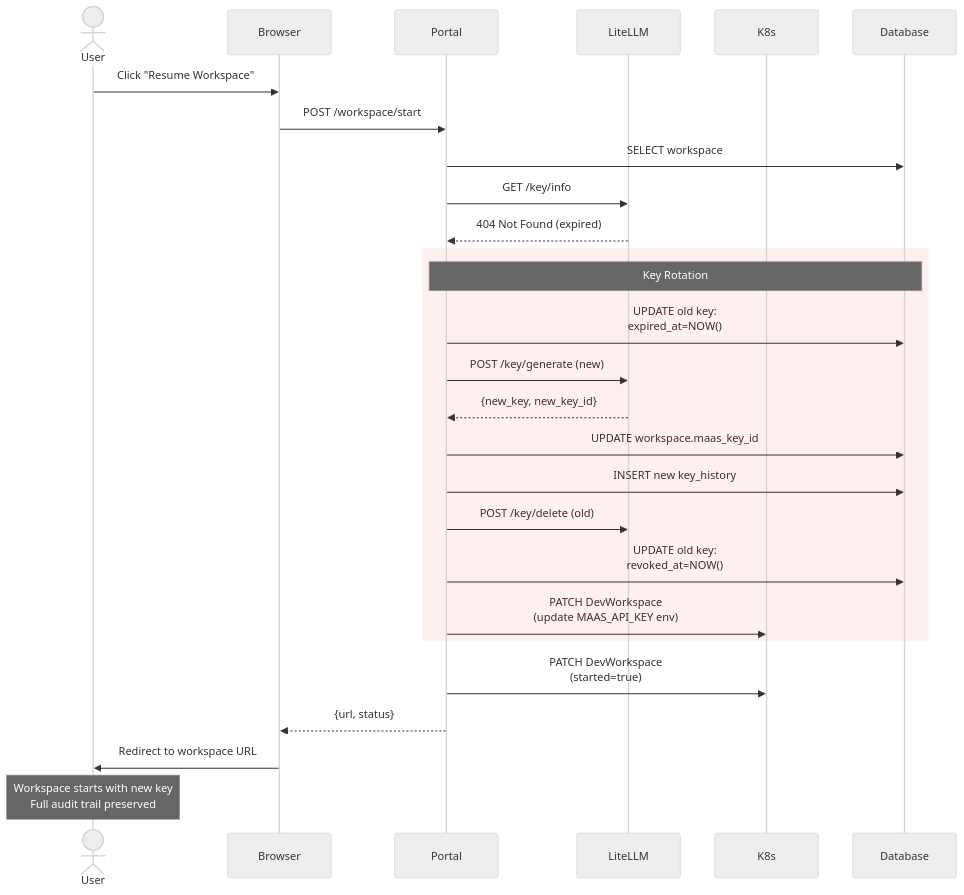
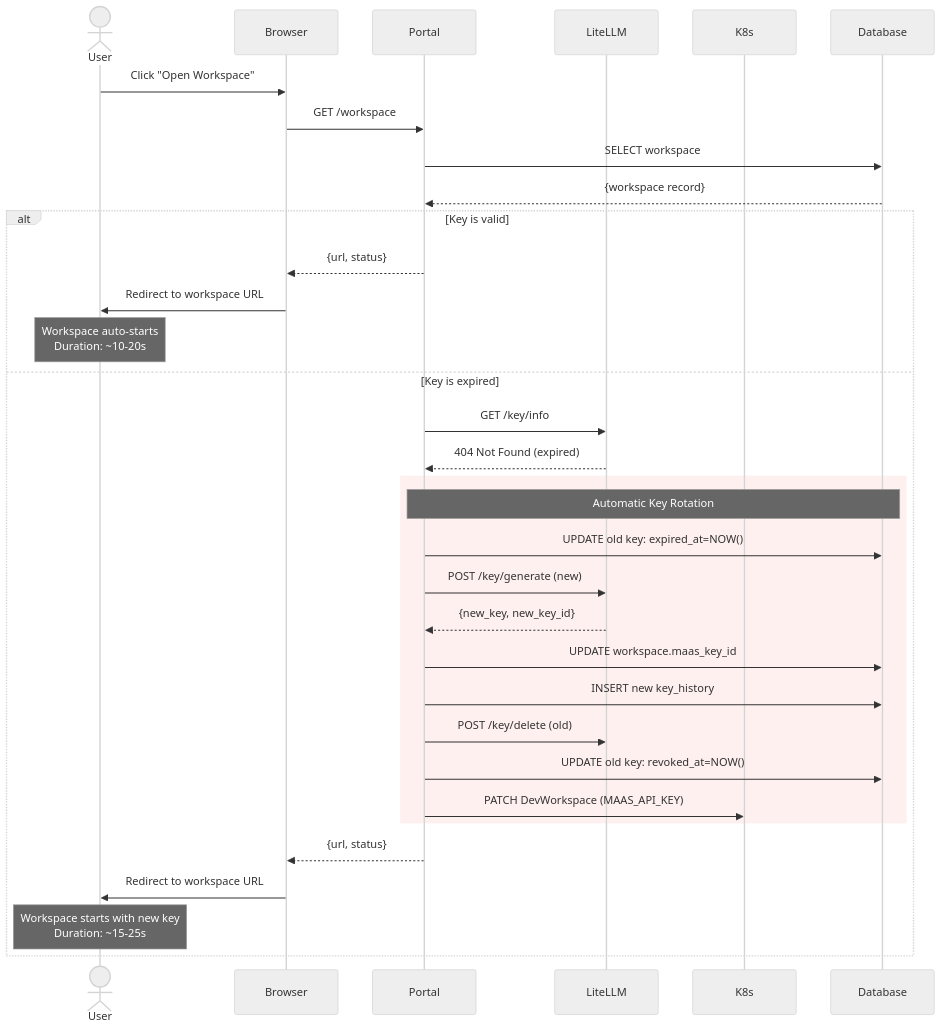
The second of 4 diagrams in docs/superpowers/specs/2026-06-29-devspaces-implementation.md (treddy08/rhdp-publishing-house), drawn with Mermaid (neutral theme) before and after one commit. The commit also changed other lines of this file, not shown here.

First line of the commit message:
Consolidate Open/Resume workflows - key rotation is automatic

````diff
--- a/docs/superpowers/specs/2026-06-29-devspaces-implementation.md
+++ b/docs/superpowers/specs/2026-06-29-devspaces-implementation.md
@@ -1891,32 +1860,39 @@
 ```mermaid
 sequenceDiagram
     actor User
     participant Browser
     participant Portal
     participant LiteLLM
     participant K8s
     participant Database
     
-    User->>Browser: Click "Resume Workspace"
-    Browser->>Portal: POST /workspace/start
+    User->>Browser: Click "Open Workspace"
+    Browser->>Portal: GET /workspace
     Portal->>Database: SELECT workspace
-    Portal->>LiteLLM: GET /key/info
-    LiteLLM-->>Portal: 404 Not Found (expired)
+    Database-->>Portal: {workspace record}
     
-    rect rgb(255, 240, 240)
-        Note over Portal,Database: Key Rotation
-        Portal->>Database: UPDATE old key:<br/>expired_at=NOW()
-        Portal->>LiteLLM: POST /key/generate (new)
-        LiteLLM-->>Portal: {new_key, new_key_id}
-        Portal->>Database: UPDATE workspace.maas_key_id
-        Portal->>Database: INSERT new key_history
-        Portal->>LiteLLM: POST /key/delete (old)
-        Portal->>Database: UPDATE old key:<br/>revoked_at=NOW()
-        Portal->>K8s: PATCH DevWorkspace<br/>(update MAAS_API_KEY env)
+    alt Key is valid
+        Portal-->>Browser: {url, status}
+        Browser->>User: Redirect to workspace URL
+        Note over User: Workspace auto-starts<br/>Duration: ~10-20s
+    else Key is expired
+        Portal->>LiteLLM: GET /key/info
+        LiteLLM-->>Portal: 404 Not Found (expired)
+        
+        rect rgb(255, 240, 240)
+            Note over Portal,Database: Automatic Key Rotation
+            Portal->>Database: UPDATE old key: expired_at=NOW()
+            Portal->>LiteLLM: POST /key/generate (new)
+            LiteLLM-->>Portal: {new_key, new_key_id}
+            Portal->>Database: UPDATE workspace.maas_key_id
+            Portal->>Database: INSERT new key_history
+            Portal->>LiteLLM: POST /key/delete (old)
+            Portal->>Database: UPDATE old key: revoked_at=NOW()
+            Portal->>K8s: PATCH DevWorkspace (MAAS_API_KEY)
+        end
+        
+        Portal-->>Browser: {url, status}
+        Browser->>User: Redirect to workspace URL
+        Note over User: Workspace starts with new key<br/>Duration: ~15-25s
     end
-    
-    Portal->>K8s: PATCH DevWorkspace<br/>(started=true)
-    Portal-->>Browser: {url, status}
-    Browser->>User: Redirect to workspace URL
-    Note over User: Workspace starts with new key<br/>Full audit trail preserved
 ```
````
